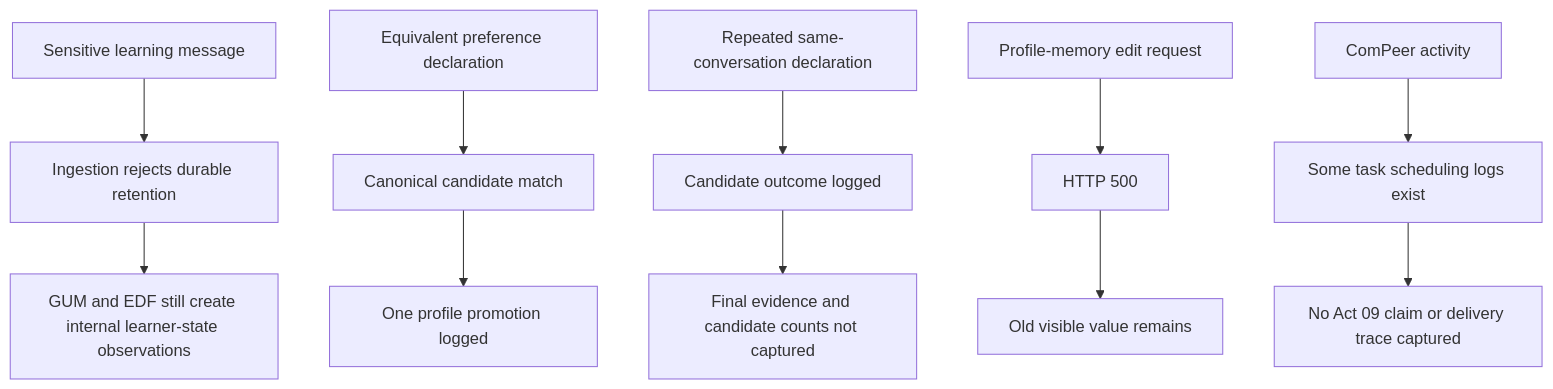
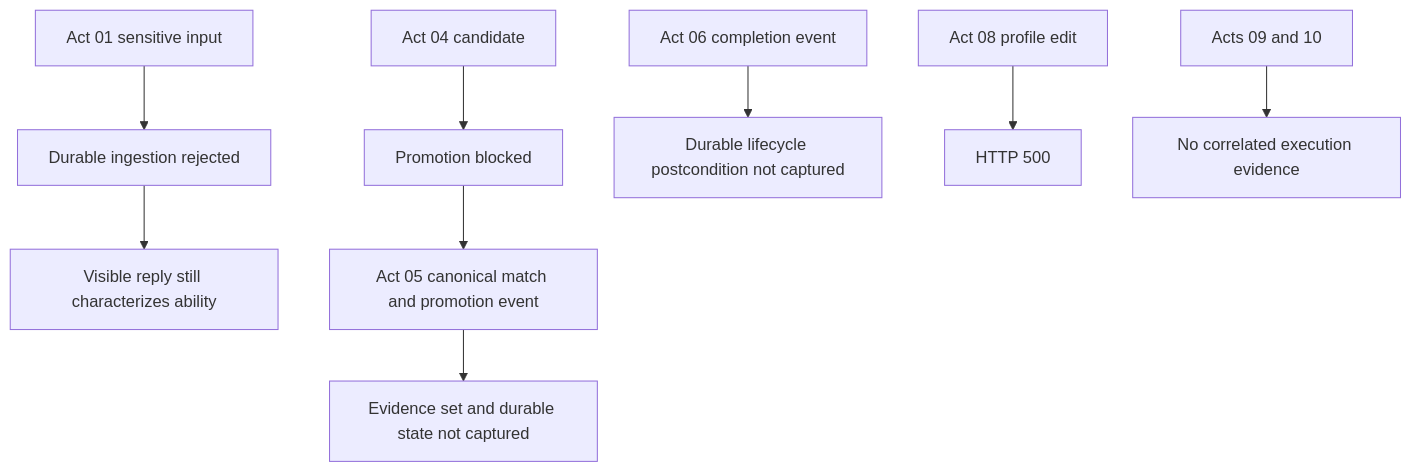
Before and after one commit to CongJie-Pan/AREQA: the second of 2 diagrams in docs/worklog/202607/2026_07_17_experiment/experiment_report.md, drawn with Mermaid. The commit also changed other lines of this file and 2 other files, not shown here.

Commit message:
docs(experiment): finalize remediation evidence and test plan

````diff
--- a/docs/worklog/202607/2026_07_17_experiment/experiment_report.md
+++ b/docs/worklog/202607/2026_07_17_experiment/experiment_report.md
@@ -62,13 +63,11 @@
 ```mermaid
 flowchart TD
-    A["Sensitive learning message"] --> B["Ingestion rejects durable retention"]
-    B --> C["GUM and EDF still create internal learner-state observations"]
-    D["Equivalent preference declaration"] --> E["Canonical candidate match"]
-    E --> F["One profile promotion logged"]
-    G["Repeated same-conversation declaration"] --> H["Candidate outcome logged"]
-    H --> I["Final evidence and candidate counts not captured"]
-    J["Profile-memory edit request"] --> K["HTTP 500"]
-    K --> L["Old visible value remains"]
-    M["ComPeer activity"] --> N["Some task scheduling logs exist"]
-    N --> O["No Act 09 claim or delivery trace captured"]
+    A["Act 01 sensitive input"] --> B["Durable ingestion rejected"]
+    B --> C["Visible reply still characterizes ability"]
+    D["Act 04 candidate"] --> E["Promotion blocked"]
+    E --> F["Act 05 canonical match and promotion event"]
+    F --> G["Evidence set and durable state not captured"]
+    H["Act 06 completion event"] --> I["Durable lifecycle postcondition not captured"]
+    J["Act 08 profile edit"] --> K["HTTP 500"]
+    L["Acts 09 and 10"] --> M["No correlated execution evidence"]
 ```
````
